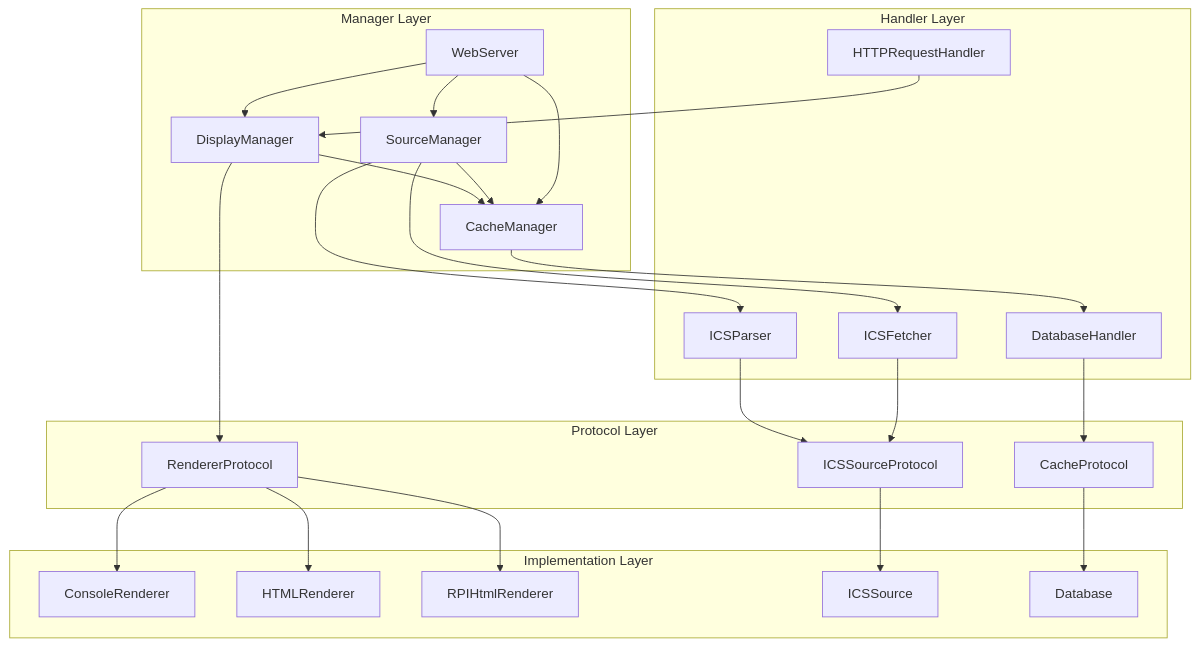
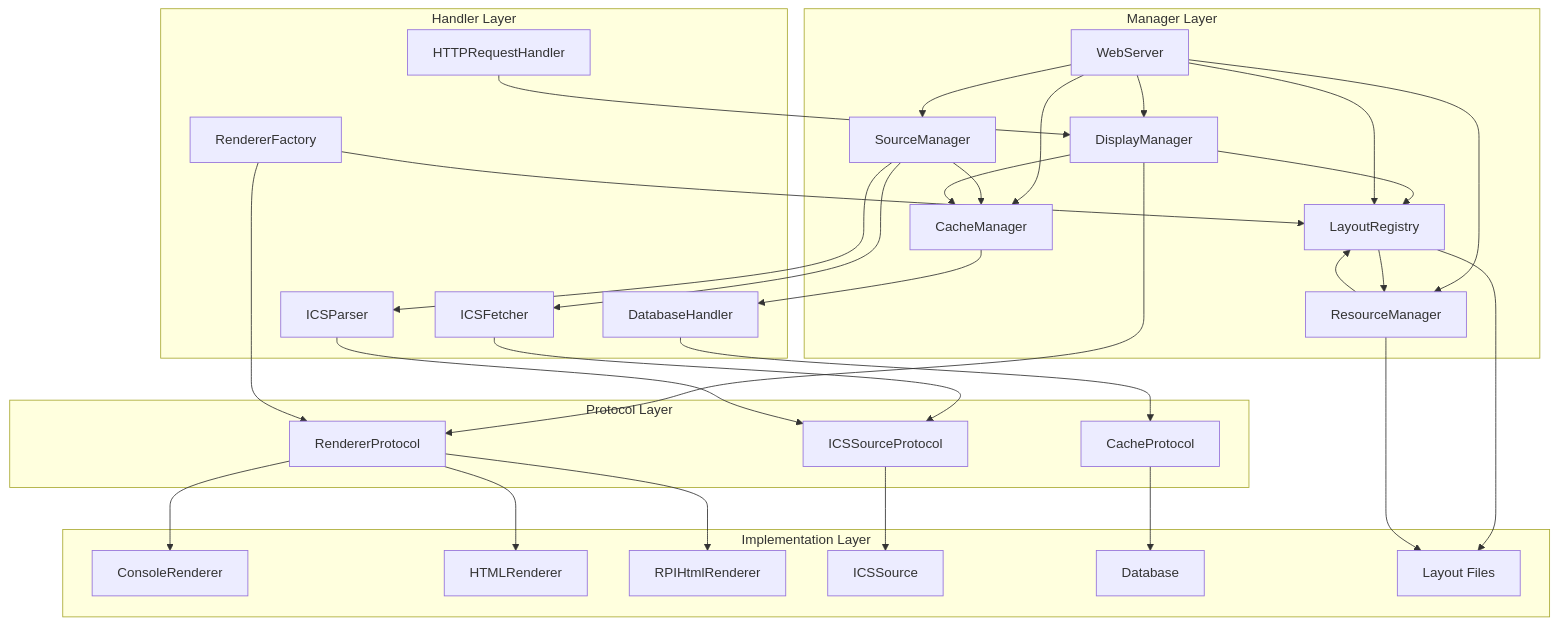
Before and after one commit to bencan1a/calendarBot: the third of 10 diagrams in docs/architecture/ARCHITECTURE.md, drawn with Mermaid. The commit also changed other lines of this file and 7 other files, not shown here.

````diff
--- a/docs/architecture/ARCHITECTURE.md
+++ b/docs/architecture/ARCHITECTURE.md
@@ -190,56 +286,71 @@
 ```mermaid
 graph TB
     subgraph "Manager Layer"
         SM[SourceManager]
         DM[DisplayManager]
         CM[CacheManager]
         WS[WebServer]
+        LR[LayoutRegistry]
+        RM[ResourceManager]
     end
 
     subgraph "Handler Layer"
         ICSFetcher[ICSFetcher]
         ICSParser[ICSParser]
         DBHandler[DatabaseHandler]
         HTTPHandler[HTTPRequestHandler]
+        RF[RendererFactory]
     end
 
     subgraph "Protocol Layer"
         RP[RendererProtocol]
         IP[ICSSourceProtocol]
         CP[CacheProtocol]
     end
 
     subgraph "Implementation Layer"
         CR[ConsoleRenderer]
         HR[HTMLRenderer]
         RHR[RPIHtmlRenderer]
         ICSS[ICSSource]
         DB[Database]
+        LF[Layout Files]
     end
 
     %% Manager Dependencies
     SM --> ICSFetcher
     SM --> ICSParser
     DM --> RP
+    DM --> LR
     CM --> DBHandler
     WS --> CM
     WS --> DM
+    WS --> LR
+    WS --> RM
+    LR --> RM
+    RM --> LR
 
     %% Handler Dependencies
     ICSFetcher --> IP
     ICSParser --> IP
     DBHandler --> CP
     HTTPHandler --> DM
+    RF --> RP
+    RF --> LR
 
     %% Protocol Implementations
     RP --> CR
     RP --> HR
     RP --> RHR
     IP --> ICSS
     CP --> DB
 
+    %% Layout Dependencies
+    LR --> LF
+    RM --> LF
+
     %% Cross-Layer Dependencies
     SM --> CM
     DM --> CM
     WS --> SM
 ```
````
